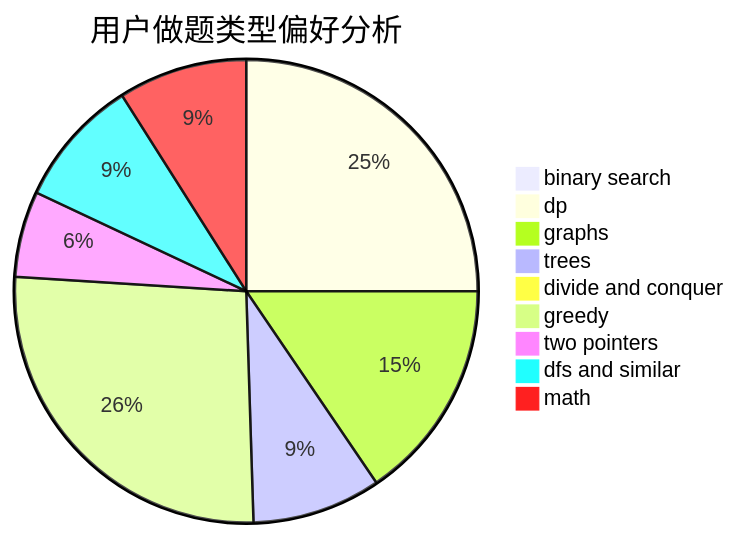
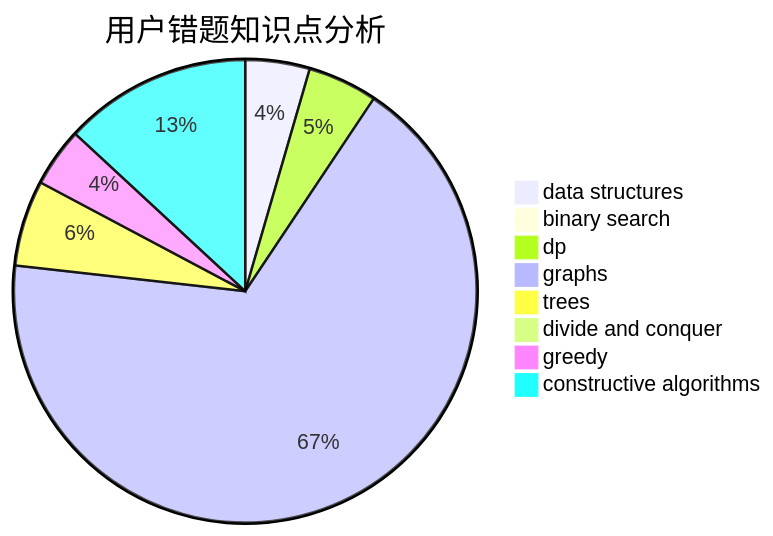
Before and after one commit to sherpahu/cfrs.github.io: the third of 3 diagrams in docs/user/u2097.md, drawn with Mermaid. The commit also changed other lines of this file and 2775 other files, not shown here.

````diff
--- a/docs/user/u2097.md
+++ b/docs/user/u2097.md
@@ -23,12 +36,11 @@
 ```mermaid
-pie title 用户做题类型偏好分析
-    "binary search" :  1
-    "dp" :  50
-    "graphs" :  31
-    "trees" :  18
-    "divide and conquer" :  0
-    "greedy" :  53
-    "two pointers" :  12
-    "dfs and similar" :  18
-    "math" :  18
+pie title 用户错题知识点分析
+    "data structures" :  12
+    "binary search" :  0
+    "dp" :  13
+    "graphs" :  180
+    "trees" :  16
+    "divide and conquer" :  1
+    "greedy" :  11
+    "constructive algorithms" :  35
 ```
````
